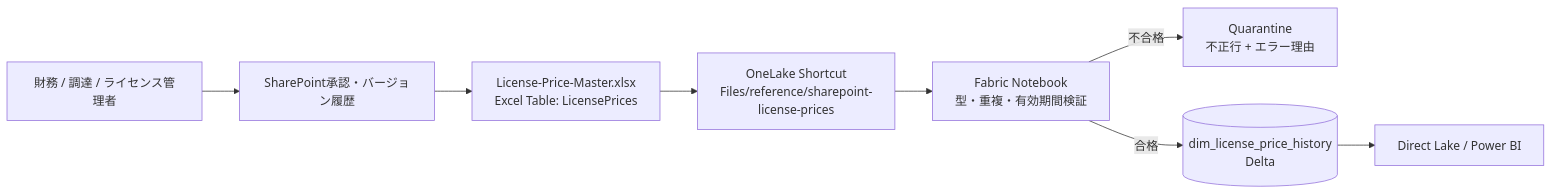
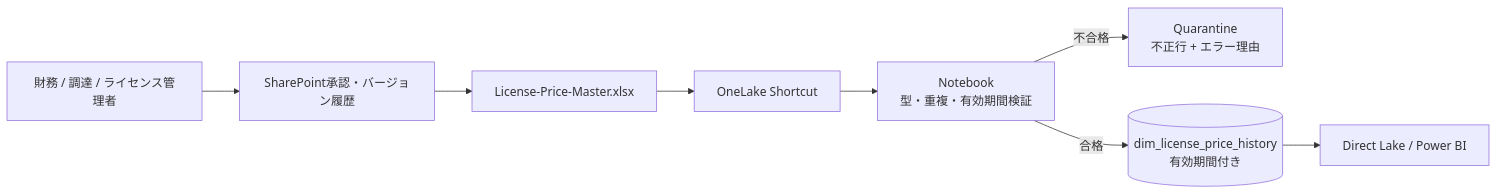
Before and after one commit to pcmn1000/m365-license-finops-reference: the second of 2 diagrams in docs/price-master.md, drawn with Mermaid. The commit also changed other lines of this file and 5 other files, not shown here.

Commit message:
Document the as-is architecture and separate it from production expansion

````diff
--- a/docs/price-master.md
+++ b/docs/price-master.md
@@ -5,15 +37,15 @@
 ```mermaid
 flowchart LR
     OWNER["財務 / 調達 / ライセンス管理者"]
     APPROVAL["SharePoint承認・バージョン履歴"]
-    XLSX["License-Price-Master.xlsx<br/>Excel Table: LicensePrices"]
-    SC["OneLake Shortcut<br/>Files/reference/sharepoint-license-prices"]
-    NB["Fabric Notebook<br/>型・重複・有効期間検証"]
+    XLSX["License-Price-Master.xlsx"]
+    SC["OneLake Shortcut"]
+    NB["Notebook<br/>型・重複・有効期間検証"]
     QUAR["Quarantine<br/>不正行 + エラー理由"]
-    DELTA[("dim_license_price_history<br/>Delta")]
+    DELTA[("dim_license_price_history<br/>有効期間付き")]
     MODEL["Direct Lake / Power BI"]
 
     OWNER --> APPROVAL --> XLSX --> SC --> NB
     NB -->|合格| DELTA --> MODEL
     NB -->|不合格| QUAR
 ```
````
